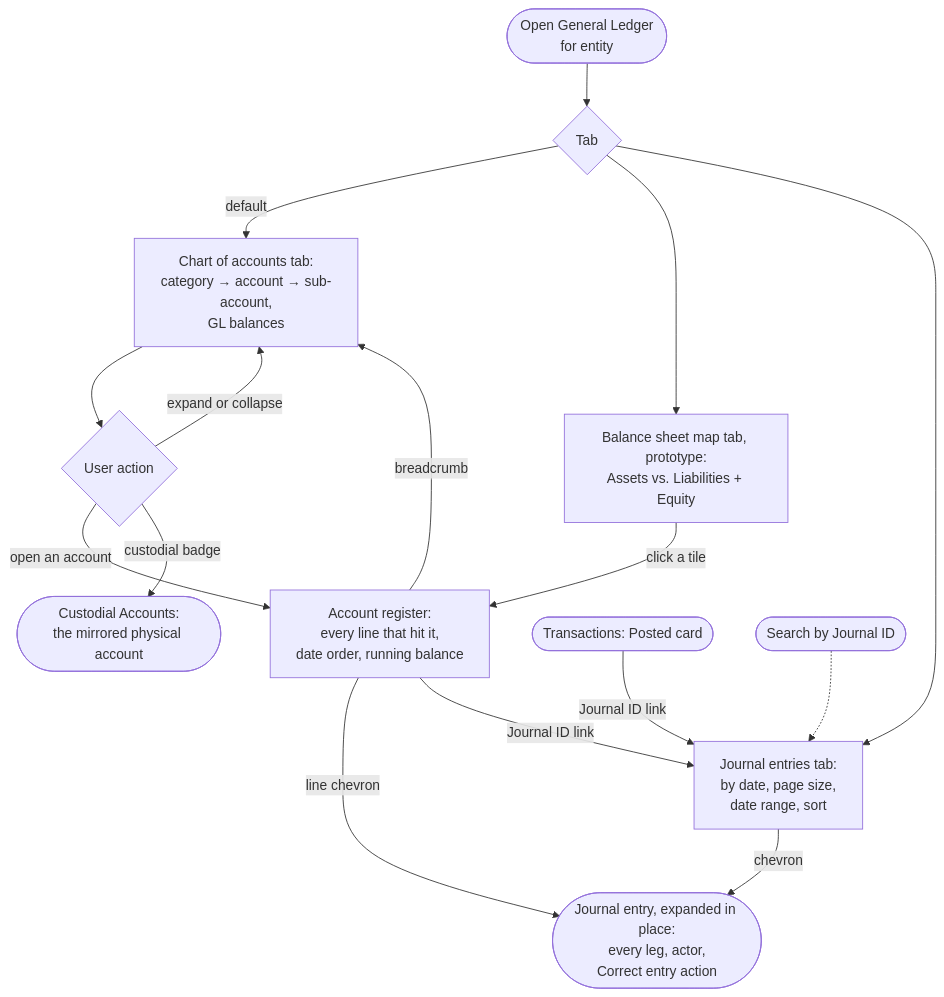
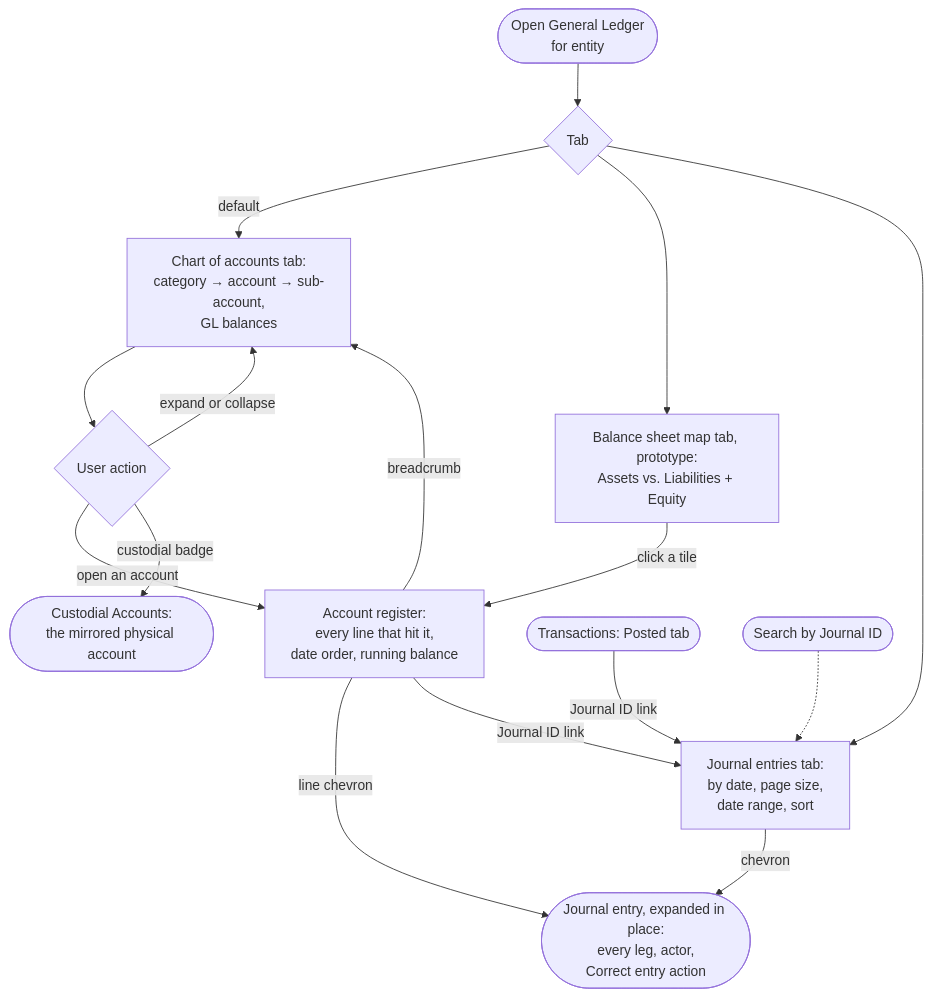
One commit to richmosko/polycarpic changed the diagram in docs/DESIGN/flows/general-ledger-flow.md. Above: the diagram before and after it, drawn with Mermaid. The commit also changed other lines of this file and 7 other files, not shown here.

````diff
--- a/docs/DESIGN/flows/general-ledger-flow.md
+++ b/docs/DESIGN/flows/general-ledger-flow.md
@@ -5,18 +5,18 @@
 ```mermaid
 flowchart TD
   open([Open General Ledger\nfor entity]) --> tabs{Tab}
   tabs -- default --> tree[Chart of accounts tab:\ncategory → account → sub-account,\nGL balances]
   tabs --> map[Balance sheet map tab, prototype:\nAssets vs. Liabilities + Equity]
   tabs --> journal[Journal entries tab:\nby date, page size,\ndate range, sort]
   tree --> act{User action}
   act -- expand or collapse --> tree
   act -- open an account --> register[Account register:\nevery line that hit it,\ndate order, running balance]
   map -- click a tile --> register
   act -- custodial badge --> custodial([Custodial Accounts:\nthe mirrored physical account])
   register -- line chevron --> entry([Journal entry, expanded in place:\nevery leg, actor,\nCorrect entry action])
   register -- breadcrumb --> tree
   journal -- chevron --> entry
   register -- Journal ID link --> journal
-  posted([Transactions: Posted card]) -- Journal ID link --> journal
+  posted([Transactions: Posted tab]) -- Journal ID link --> journal
   search([Search by Journal ID]) -.-> journal
 ```
````
